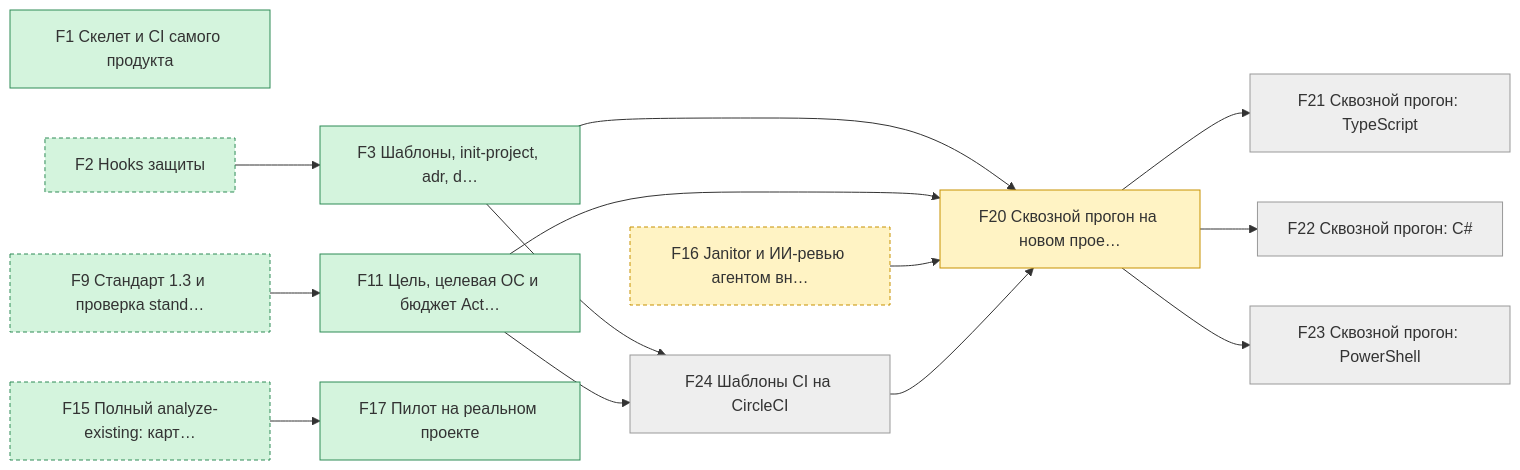
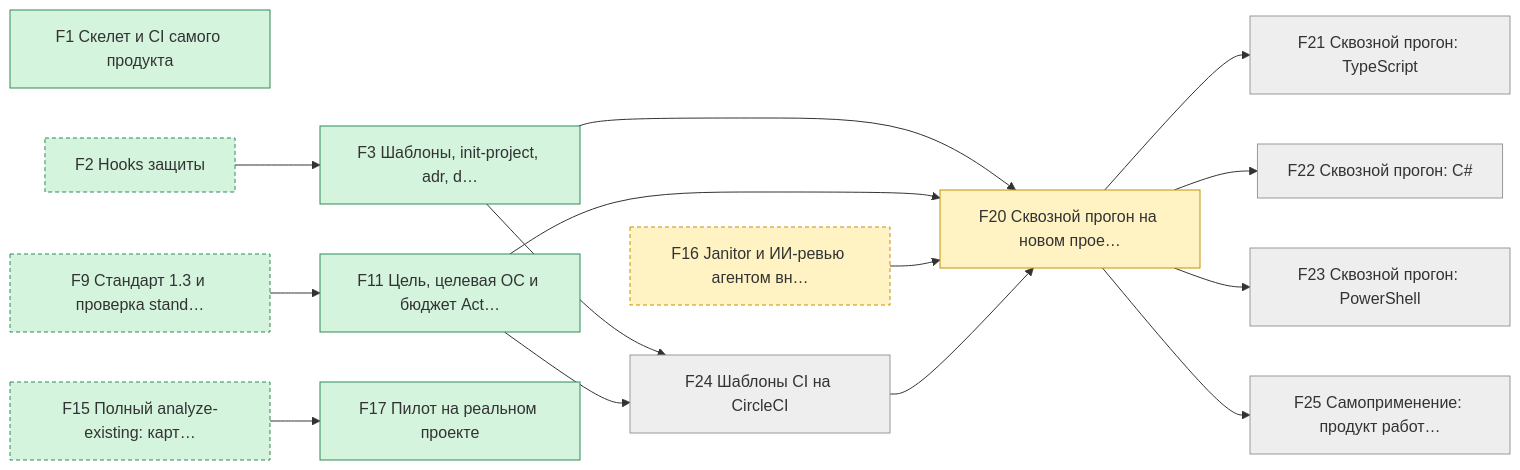
Before and after one commit to pete-doc/project-architect: the first of 6 diagrams in state/STATUS.md, drawn with Mermaid. The commit also changed other lines of this file and 2 other files, not shown here.

````diff
--- a/state/STATUS.md
+++ b/state/STATUS.md
@@ -44,37 +46,39 @@
 ```mermaid
 graph LR
   F1["F1 Скелет и CI самого продукта"]
   F3["F3 Шаблоны, init-project, adr, d…"]
   F11["F11 Цель, целевая ОС и бюджет Act…"]
   F17["F17 Пилот на реальном проекте"]
   F20["F20 Сквозной прогон на новом прое…"]
   F21["F21 Сквозной прогон: TypeScript"]
   F22["F22 Сквозной прогон: C#"]
   F23["F23 Сквозной прогон: PowerShell"]
   F24["F24 Шаблоны CI на CircleCI"]
+  F25["F25 Самоприменение: продукт работ…"]
   F2["F2 Hooks защиты"]
   F9["F9 Стандарт 1.3 и проверка stand…"]
   F15["F15 Полный analyze-existing: карт…"]
   F16["F16 Janitor и ИИ-ревью агентом вн…"]
   F2 --> F3
   F9 --> F11
   F15 --> F17
   F3 --> F20
   F11 --> F20
   F16 --> F20
   F24 --> F20
   F20 --> F21
   F20 --> F22
   F20 --> F23
   F3 --> F24
   F11 --> F24
+  F20 --> F25
   classDef done fill:#d4f4dd,stroke:#2e8b57
   classDef work fill:#fff3c4,stroke:#c79100
   classDef blocked fill:#ffd6d6,stroke:#c0392b
   classDef later fill:#eeeeee,stroke:#999999
   classDef outside stroke-dasharray: 4 3
   class F1,F3,F11,F17,F2,F9,F15 done
   class F20,F16 work
-  class F21,F22,F23,F24 later
+  class F21,F22,F23,F24,F25 later
   class F2,F9,F15,F16 outside
 ```
````
